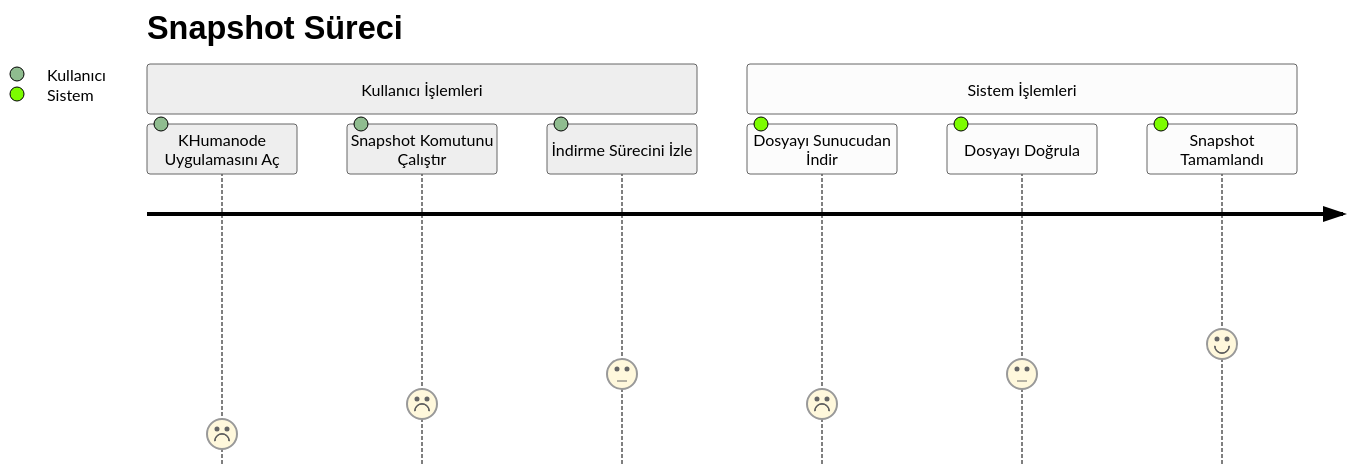
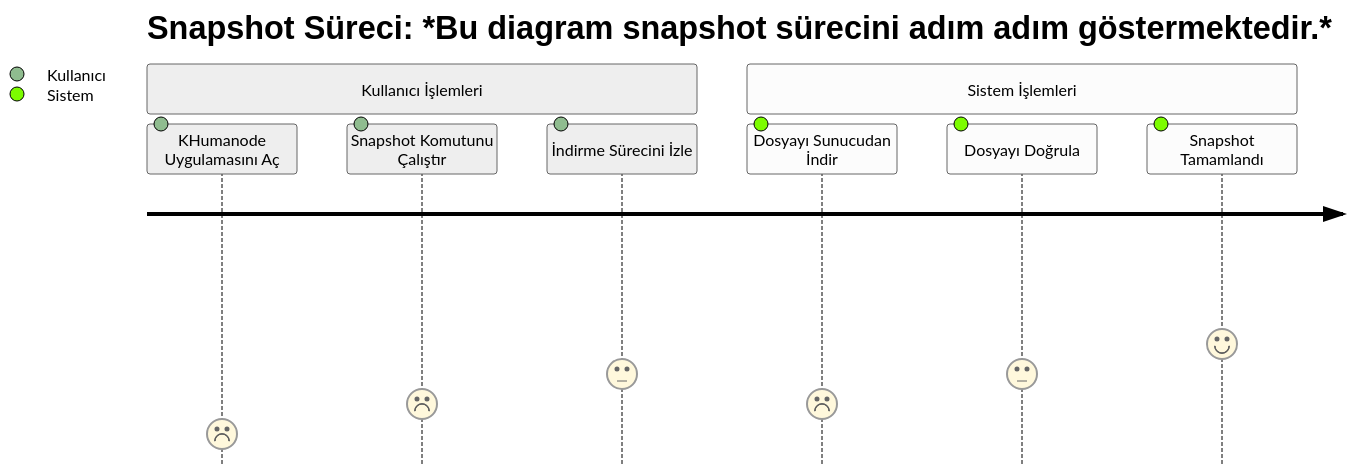
One commit to Lorento34/humanode changed the diagram in Snapshot.md. Above: the diagram before and after it, drawn with Mermaid (neutral theme). The commit also changed other lines of this file, not shown here.

````diff
--- a/Snapshot.md
+++ b/Snapshot.md
@@ -6,12 +6,12 @@
 ```mermaid
 journey
-    title Snapshot Süreci
+    title Snapshot Süreci: *Bu diagram snapshot sürecini adım adım göstermektedir.*
     section Kullanıcı İşlemleri
       KHumanode Uygulamasını Aç: 1: Kullanıcı
       Snapshot Komutunu Çalıştır: 2: Kullanıcı
       İndirme Sürecini İzle: 3: Kullanıcı
     section Sistem İşlemleri
       Dosyayı Sunucudan İndir: 2: Sistem
       Dosyayı Doğrula: 3: Sistem
       Snapshot Tamamlandı: 4: Sistem
 ```
````
